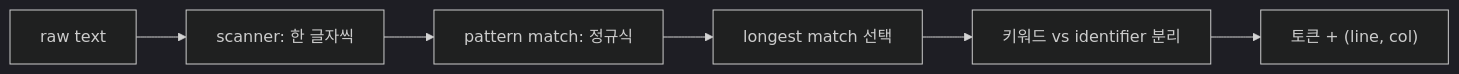
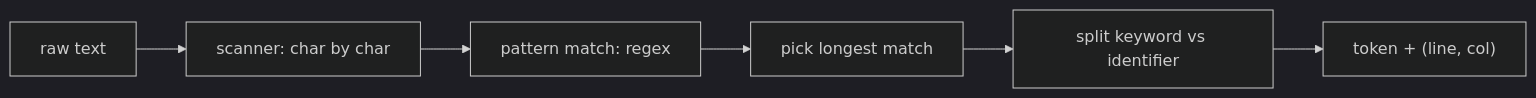
The diagram in content/compilers-101/ko/02-lexical-analysis.md (yeongseon-books/book-content), drawn with Mermaid (dark theme) before and after one commit. The commit also changed other lines of this file and 9 other files, not shown here.

````diff
--- a/content/compilers-101/ko/02-lexical-analysis.md
+++ b/content/compilers-101/ko/02-lexical-analysis.md
@@ -36,8 +46,8 @@
 ```mermaid
 flowchart LR
-    A["raw text"] --> B["scanner: 한 글자씩"]
-    B --> C["pattern match: 정규식"]
-    C --> D["longest match 선택"]
-    D --> E["키워드 vs identifier 분리"]
-    E --> F["토큰 + (line, col)"]
+    A["raw text"] --> B["scanner: char by char"]
+    B --> C["pattern match: regex"]
+    C --> D["pick longest match"]
+    D --> E["split keyword vs identifier"]
+    E --> F["token + (line, col)"]
 ```
````
